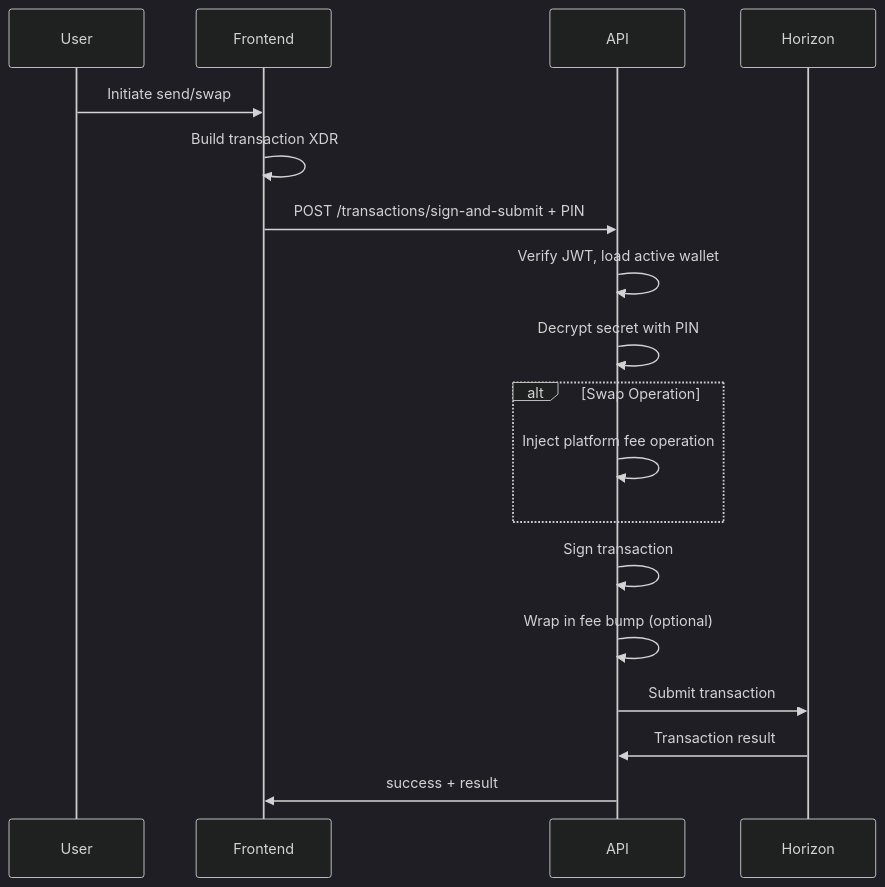
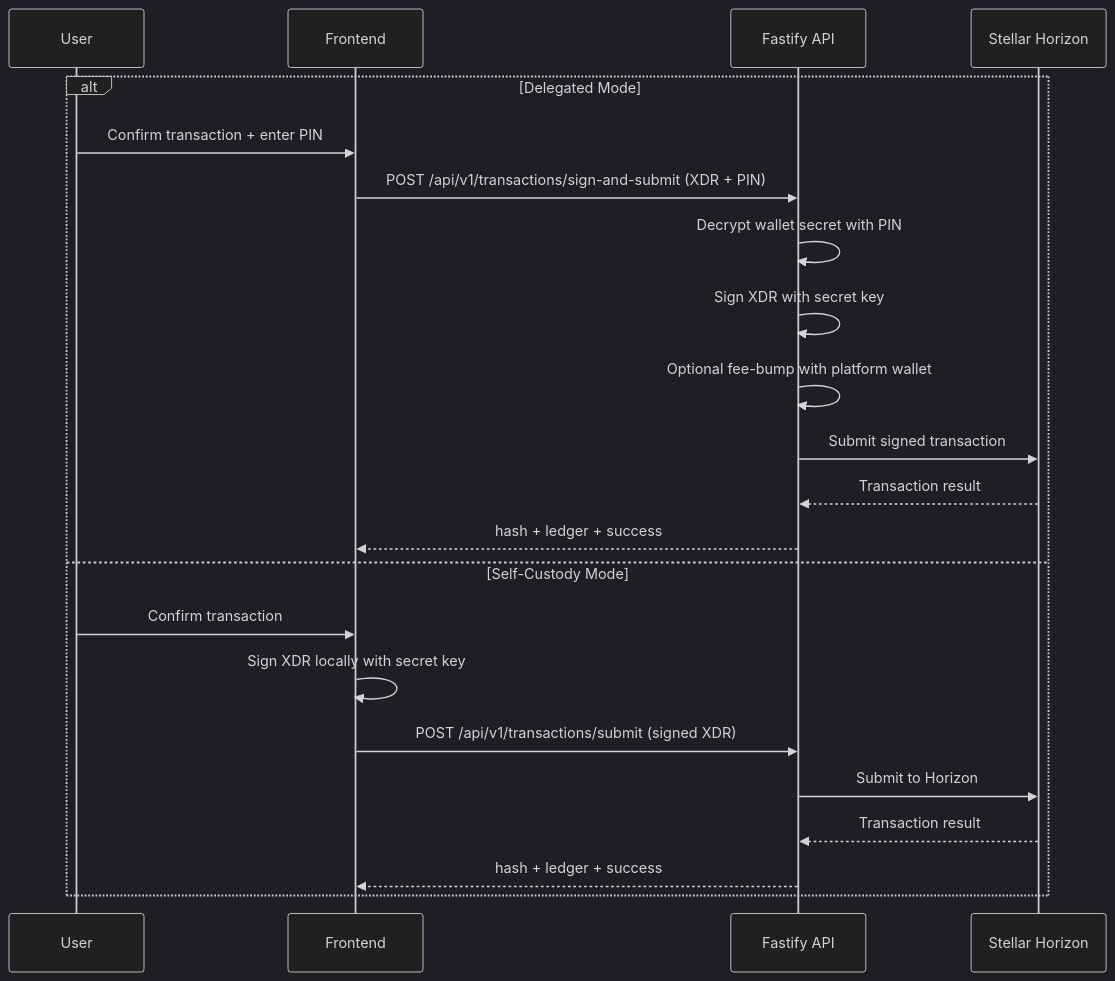
The third of 5 diagrams in docs/ARCHITECTURE.md (SM-Web-Systems/stellar-wallet), drawn with Mermaid (dark theme) before and after one commit. The commit also changed other lines of this file and 5 other files, not shown here.

First line of the commit message:
docs: update README, architecture, API, MoSCoW, deployment, and FAQ

````diff
--- a/docs/ARCHITECTURE.md
+++ b/docs/ARCHITECTURE.md
@@ -41,21 +50,25 @@
 ```mermaid
 sequenceDiagram
     participant U as User
     participant F as Frontend
-    participant A as API
-    participant H as Horizon
+    participant A as Fastify API
+    participant H as Stellar Horizon
 
-    U->>F: Initiate send/swap
-    F->>F: Build transaction XDR
-    F->>A: POST /transactions/sign-and-submit + PIN
-    A->>A: Verify JWT, load active wallet
-    A->>A: Decrypt secret with PIN
-    alt Swap Operation
-        A->>A: Inject platform fee operation
+    alt Delegated Mode
+        U->>F: Confirm transaction + enter PIN
+        F->>A: POST /api/v1/transactions/sign-and-submit (XDR + PIN)
+        A->>A: Decrypt wallet secret with PIN
+        A->>A: Sign XDR with secret key
+        A->>A: Optional fee-bump with platform wallet
+        A->>H: Submit signed transaction
+        H-->>A: Transaction result
+        A-->>F: hash + ledger + success
+    else Self-Custody Mode
+        U->>F: Confirm transaction
+        F->>F: Sign XDR locally with secret key
+        F->>A: POST /api/v1/transactions/submit (signed XDR)
+        A->>H: Submit to Horizon
+        H-->>A: Transaction result
+        A-->>F: hash + ledger + success
     end
-    A->>A: Sign transaction
-    A->>A: Wrap in fee bump (optional)
-    A->>H: Submit transaction
-    H->>A: Transaction result
-    A->>F: success + result
 ```
````
